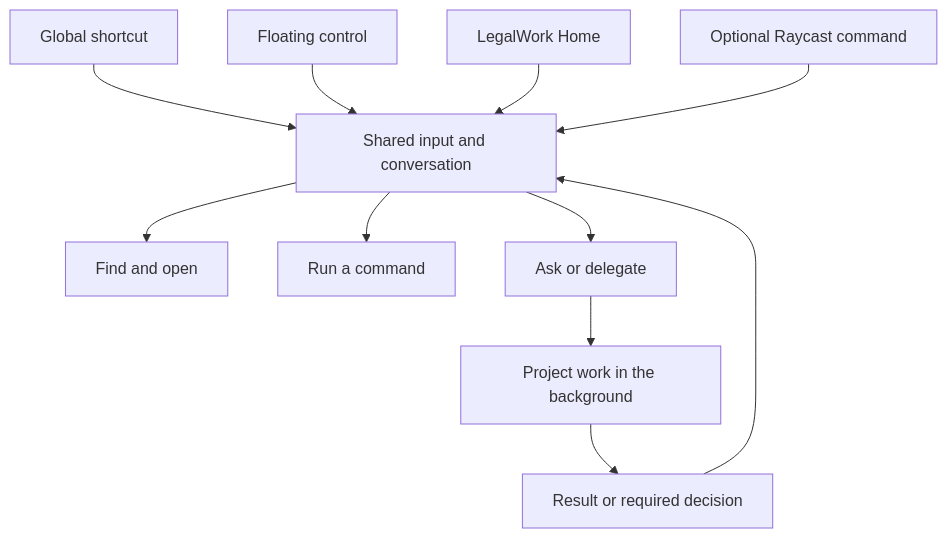
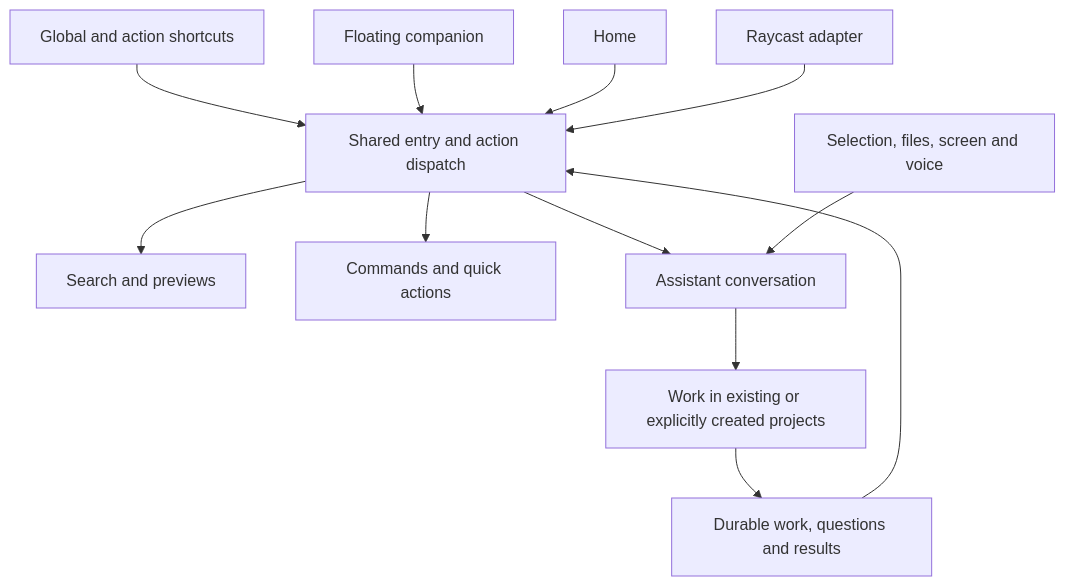
Before and after one commit to eigenweltlabs/LegalWork: the diagram in docs/proposals/global-assistant-launcher.md, drawn with Mermaid. The commit also changed other lines of this file, not shown here.

First line of the commit message:
docs: specify the complete global Assistant experience

````diff
--- a/docs/proposals/global-assistant-launcher.md
+++ b/docs/proposals/global-assistant-launcher.md
@@ -17,13 +46,14 @@
 ```mermaid
 flowchart TD
-    Shortcut[Global shortcut] --> Entry[Shared input and conversation]
-    Overlay[Floating control] --> Entry
-    Home[LegalWork Home] --> Entry
-    Raycast[Optional Raycast command] --> Entry
-    Entry --> Search[Find and open]
-    Entry --> Command[Run a command]
-    Entry --> Assistant[Ask or delegate]
-    Assistant --> Project[Project work in the background]
-    Project --> Return[Result or required decision]
-    Return --> Entry
+    Shortcut[Global and action shortcuts] --> Entry[Shared entry and action dispatch]
+    HUD[Floating companion] --> Entry
+    Home[Home] --> Entry
+    Raycast[Raycast adapter] --> Entry
+    Entry --> Search[Search and previews]
+    Entry --> Actions[Commands and quick actions]
+    Entry --> Chat[Assistant conversation]
+    Context[Selection, files, screen and voice] --> Chat
+    Chat --> Projects[Work in existing or explicitly created projects]
+    Projects --> Work[Durable work, questions and results]
+    Work --> Entry
 ```
````
